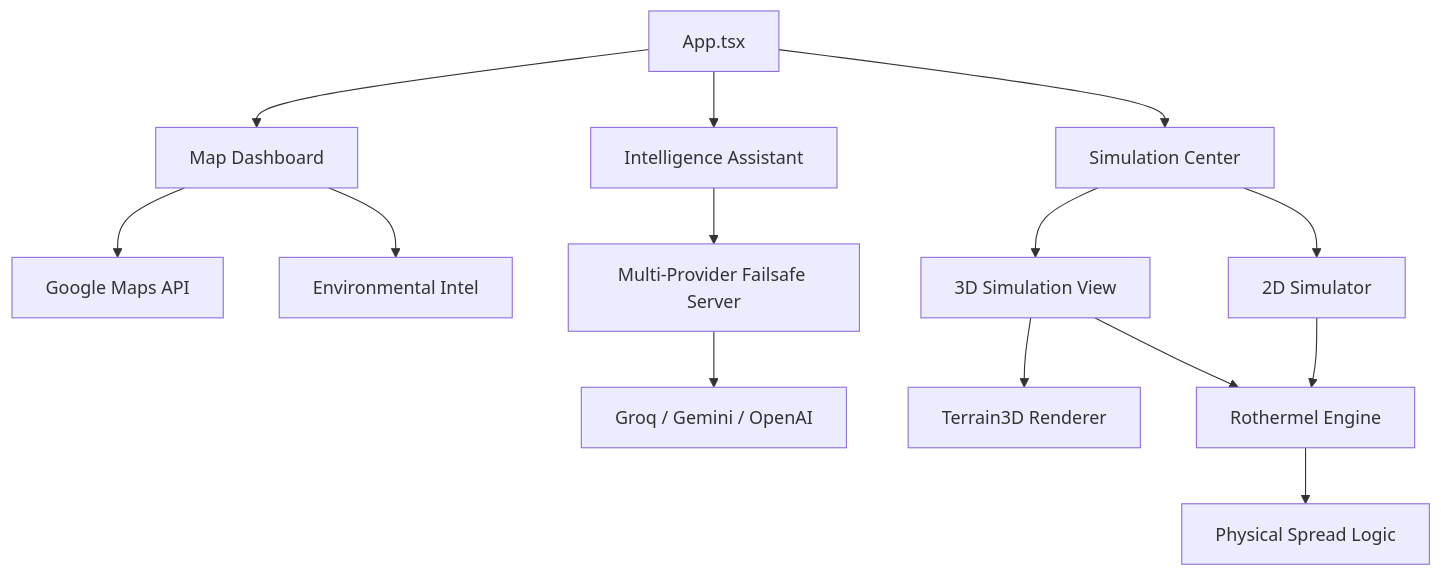
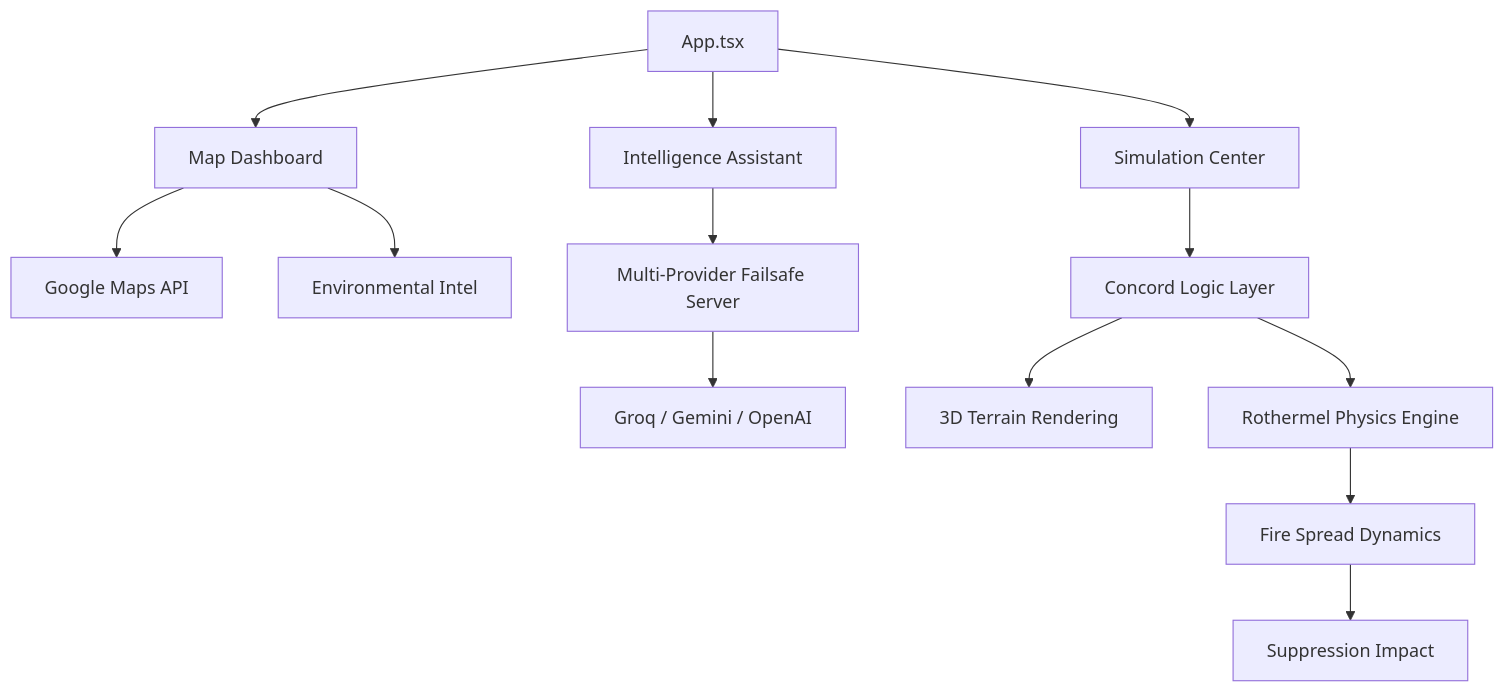
The diagram in ARCHITECTURE.md (Ashindustry007/SAFE), drawn with Mermaid before and after one commit. The commit also changed other lines of this file and 6 other files, not shown here.

````diff
--- a/ARCHITECTURE.md
+++ b/ARCHITECTURE.md
@@ -9,19 +9,19 @@
 ```mermaid
 graph TD
     A[App.tsx] --> B[Map Dashboard]
     A --> C[Simulation Center]
     A --> L[Intelligence Assistant]
     
     B --> D[Google Maps API]
     B --> E[Environmental Intel]
     
     L --> M[Multi-Provider Failsafe Server]
     M --> N[Groq / Gemini / OpenAI]
     
-    C --> G[2D Simulator]
-    C --> H[3D Simulation View]
-    H --> I[Terrain3D Renderer]
+    C --> G[Concord Logic Layer]
+    G --> H[3D Terrain Rendering]
+    G --> I[Rothermel Physics Engine]
     
-    G & H --> J[Rothermel Engine]
-    J --> K[Physical Spread Logic]
+    I --> J[Fire Spread Dynamics]
+    J --> K[Suppression Impact]
 ```
````
